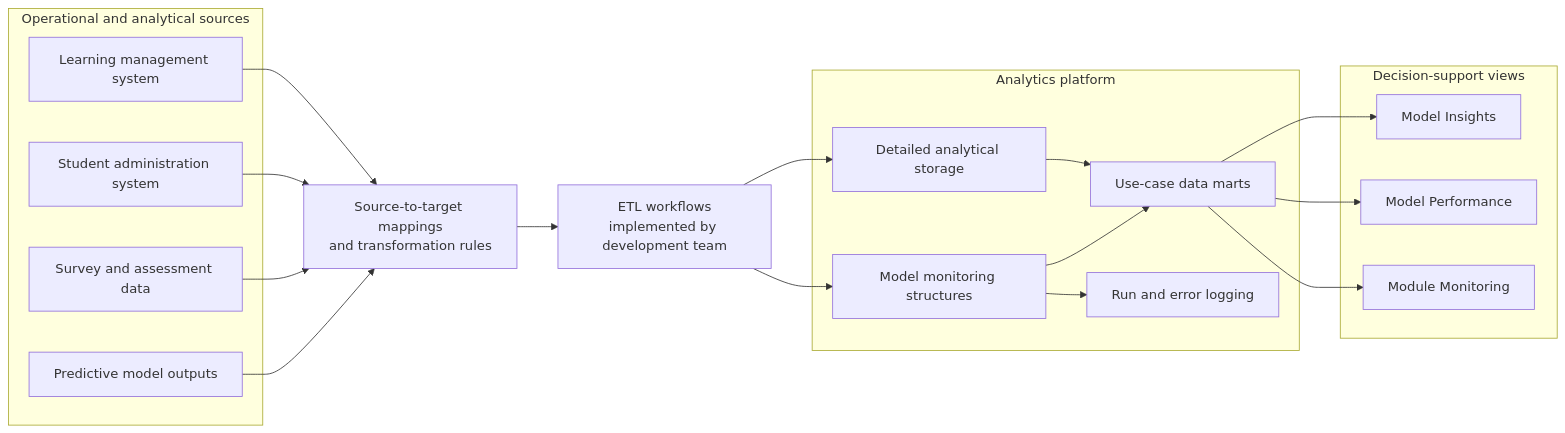
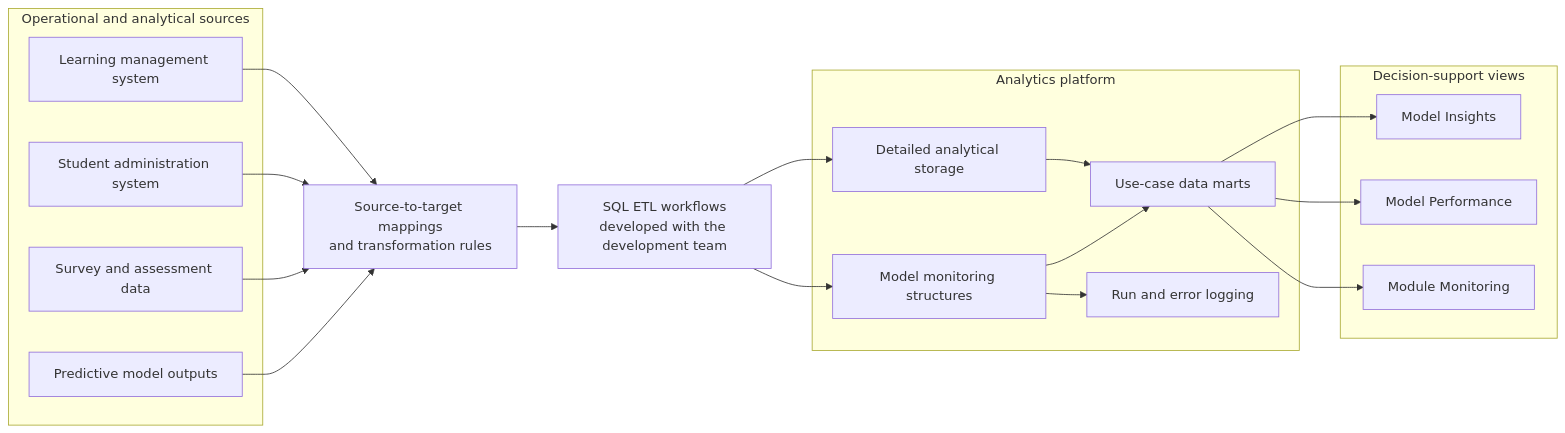
Before and after one commit to jordecoder/work-samples: the first of 3 diagrams in case-studies/azendian-analytics-platform/README.md, drawn with Mermaid. The commit also changed other lines of this file and 1 other file, not shown here.

First line of the commit message:
Azendian case study: reflect SQL ETL development

````diff
--- a/case-studies/azendian-analytics-platform/README.md
+++ b/case-studies/azendian-analytics-platform/README.md
@@ -59,39 +59,39 @@
 ```mermaid
 flowchart LR
     subgraph Sources[Operational and analytical sources]
         LMS[Learning management system]
         SAS[Student administration system]
         SUR[Survey and assessment data]
         AE[Predictive model outputs]
     end
 
     MAP[Source-to-target mappings<br/>and transformation rules]
-    ETL[ETL workflows<br/>implemented by development team]
+    ETL[SQL ETL workflows<br/>developed with the development team]
 
     subgraph Platform[Analytics platform]
         CORE[Detailed analytical storage]
         MODEL[Model monitoring structures]
         MARTS[Use-case data marts]
         LOG[Run and error logging]
     end
 
     subgraph Consumers[Decision-support views]
         MI[Model Insights]
         MP[Model Performance]
         MM[Module Monitoring]
     end
 
     LMS --> MAP
     SAS --> MAP
     SUR --> MAP
     AE --> MAP
     MAP --> ETL
     ETL --> CORE
     ETL --> MODEL
     MODEL --> LOG
     CORE --> MARTS
     MODEL --> MARTS
     MARTS --> MI
     MARTS --> MP
     MARTS --> MM
 ```
````
